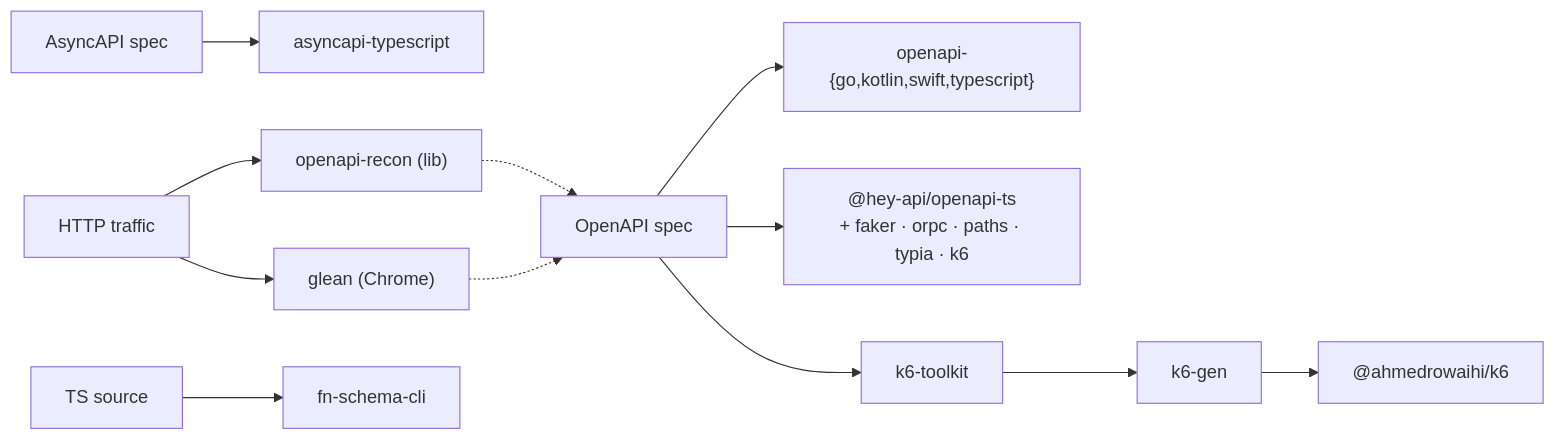
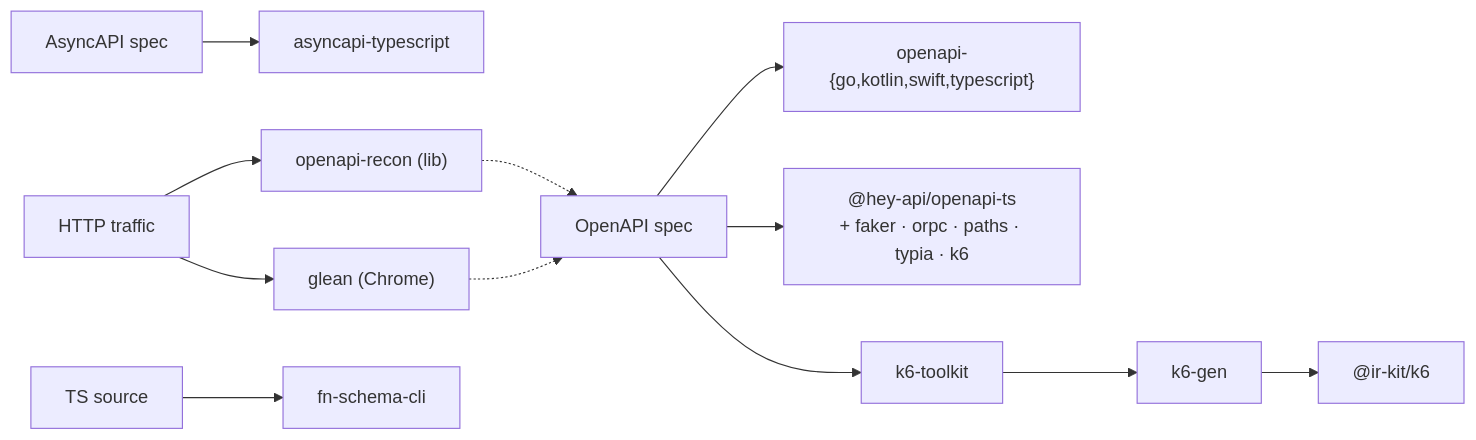
One commit to ir-kit/ir-kit changed the diagram in README.md. Above: the diagram before and after it, drawn with Mermaid. The commit also changed other lines of this file and 308 other files, not shown here.

````diff
--- a/README.md
+++ b/README.md
@@ -70,18 +70,18 @@
 ```mermaid
 flowchart LR
   ospec["OpenAPI spec"]
   aspec["AsyncAPI spec"]
   traffic["HTTP traffic"]
   ts["TS source"]
 
   ospec --> native["openapi-{go,kotlin,swift,typescript}"]
   ospec --> hey["@hey-api/openapi-ts<br/>+ faker · orpc · paths · typia · k6"]
-  ospec --> k6tk["k6-toolkit"] --> k6gen["k6-gen"] --> k6fw["@ahmedrowaihi/k6"]
+  ospec --> k6tk["k6-toolkit"] --> k6gen["k6-gen"] --> k6fw["@ir-kit/k6"]
 
   aspec --> async["asyncapi-typescript"]
 
   traffic --> recon["openapi-recon (lib)"] -.-> ospec
   traffic --> glean["glean (Chrome)"] -.-> ospec
 
   ts --> fn["fn-schema-cli"]
 ```
````
